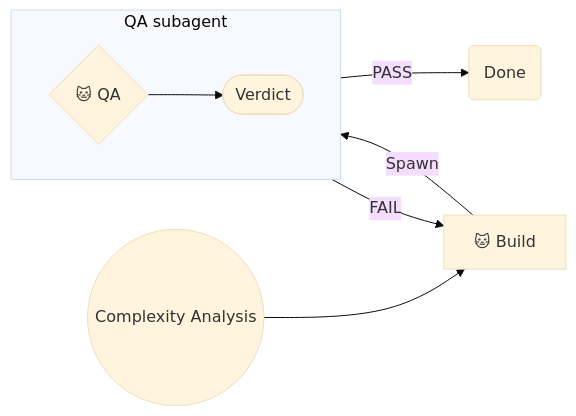
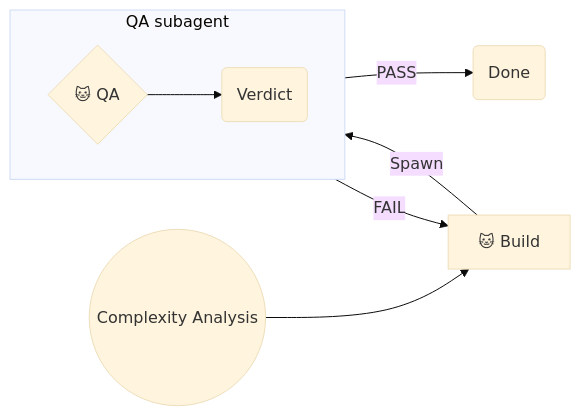
One commit to Texarkanine/.cursor-rules changed the fourth of 11 diagrams in memory-bank/active/creative/creative-l1-verification-diagram.md. Above: the diagram before and after it, drawn with Mermaid (base theme). The commit also changed other lines of this file and 1 other file, not shown here.

Commit message:
chore: Verdict reuses Done rounded shape, not stadium

````diff
--- a/memory-bank/active/creative/creative-l1-verification-diagram.md
+++ b/memory-bank/active/creative/creative-l1-verification-diagram.md
@@ -110,11 +110,11 @@
 ```mermaid
 graph LR
     Start(("Complexity Analysis")) --> NikoBuild["🐱 Build"]
     NikoBuild --Spawn--> QA
     subgraph SA["QA subagent"]
         direction LR
-        QA{"🐱 QA"} --> Verdict(["Verdict"])
+        QA{"🐱 QA"} --> Verdict("Verdict")
     end
     Verdict -->|"PASS"| Done("Done")
     Verdict -->|"FAIL"| NikoBuild
 ```
````
